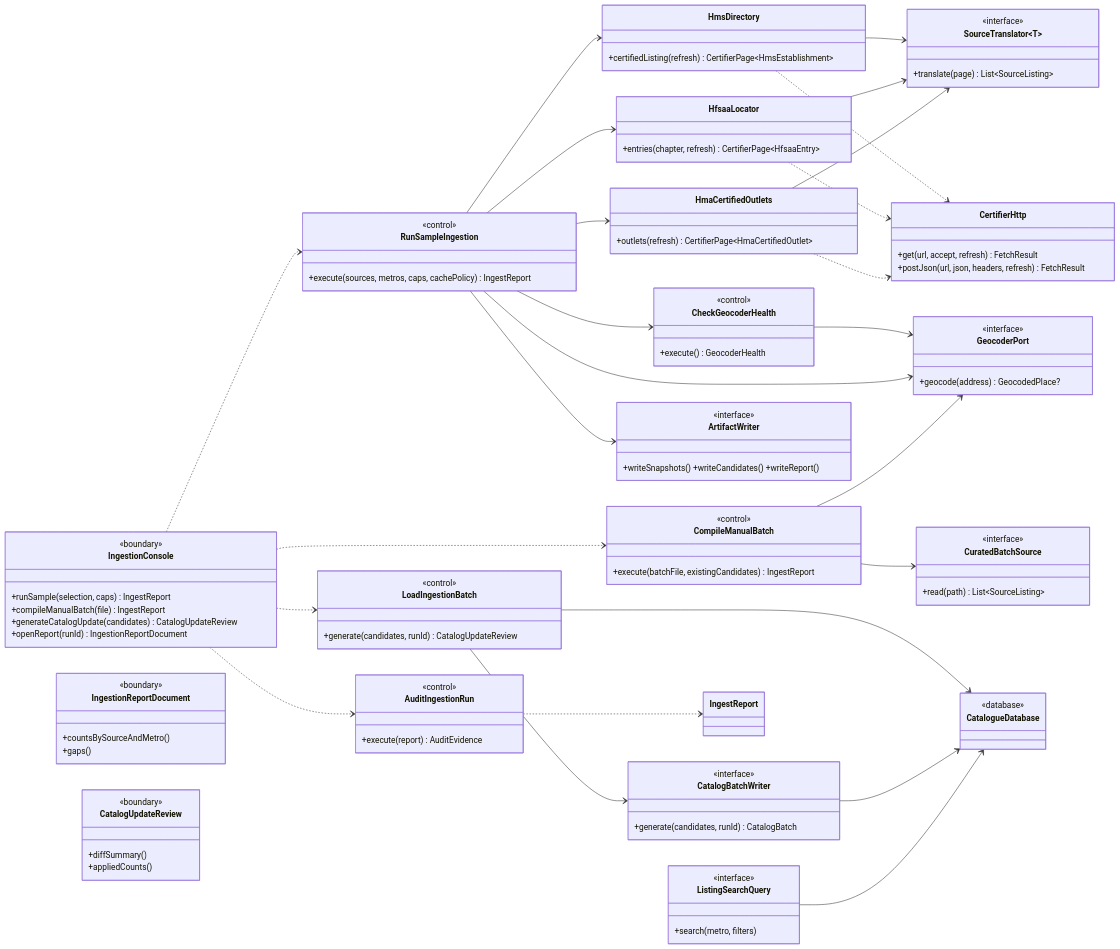
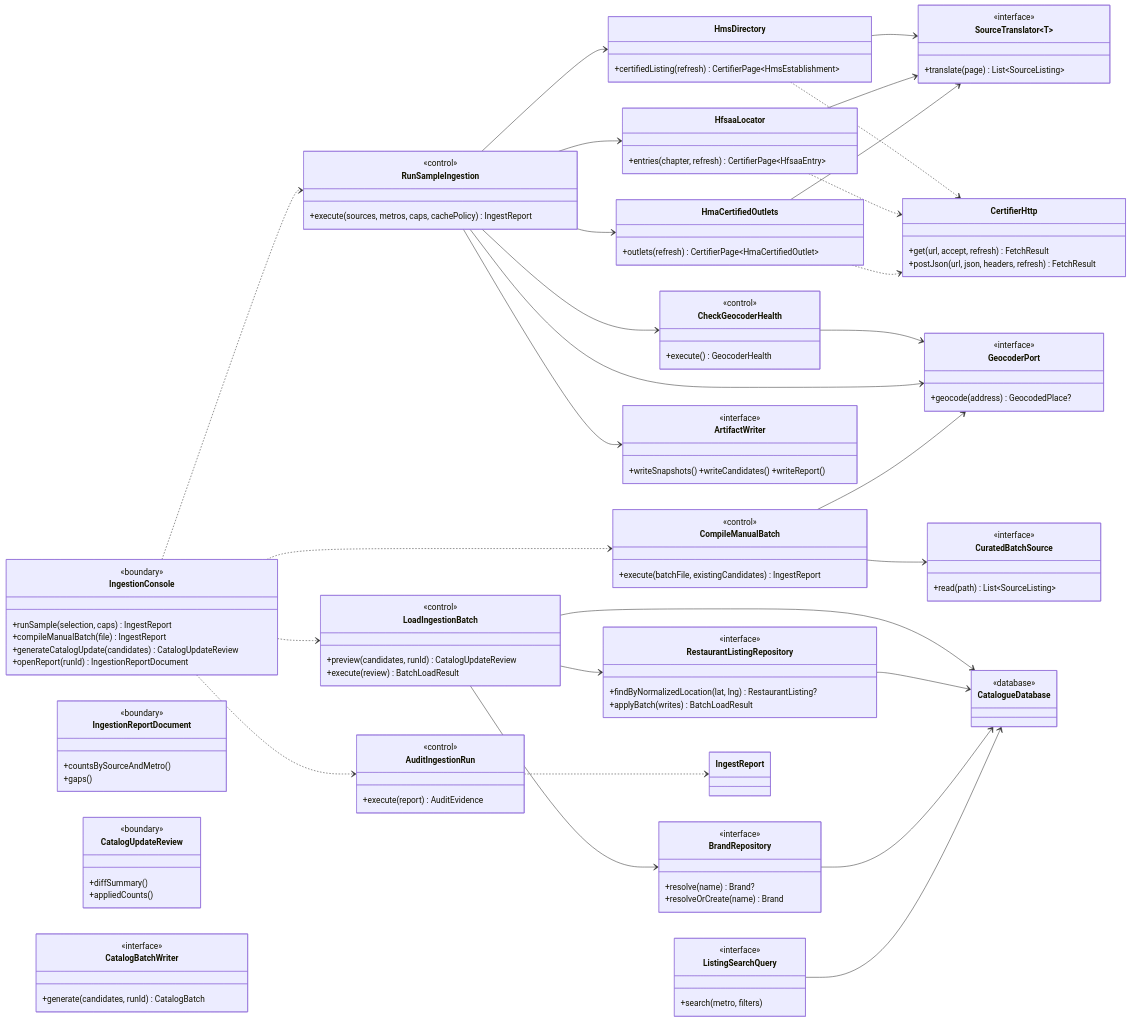
The third of 3 diagrams in docs/features/SC-211/05-class-diagram-system.md (Losers-Lab/tahirs-list), drawn with Mermaid before and after one commit. The commit also changed other lines of this file and 7 other files, not shown here.

````diff
--- a/docs/features/SC-211/05-class-diagram-system.md
+++ b/docs/features/SC-211/05-class-diagram-system.md
@@ -105,7 +107,8 @@
   }
   class LoadIngestionBatch {
     <<control>>
-    +generate(candidates, runId) CatalogUpdateReview
+    +preview(candidates, runId) CatalogUpdateReview
+    +execute(review) BatchLoadResult
   }
   class AuditIngestionRun {
     <<control>>
@@ -144,6 +147,16 @@
     <<interface>>
     +generate(candidates, runId) CatalogBatch
   }
+  class RestaurantListingRepository {
+    <<interface>>
+    +findByNormalizedLocation(lat, lng) RestaurantListing?
+    +applyBatch(writes) BatchLoadResult
+  }
+  class BrandRepository {
+    <<interface>>
+    +resolve(name) Brand?
+    +resolveOrCreate(name) Brand
+  }
   class ListingSearchQuery {
     <<interface>>
     +search(metro, filters)
@@ -171,9 +184,11 @@
   HmaCertifiedOutlets ..> CertifierHttp
   CompileManualBatch --> CuratedBatchSource
   CompileManualBatch --> GeocoderPort
-  LoadIngestionBatch --> CatalogBatchWriter
+  LoadIngestionBatch --> RestaurantListingRepository
+  LoadIngestionBatch --> BrandRepository
   LoadIngestionBatch --> CatalogueDatabase
-  CatalogBatchWriter --> CatalogueDatabase
+  RestaurantListingRepository --> CatalogueDatabase
+  BrandRepository --> CatalogueDatabase
   ListingSearchQuery --> CatalogueDatabase
   AuditIngestionRun ..> IngestReport
 ```
````
